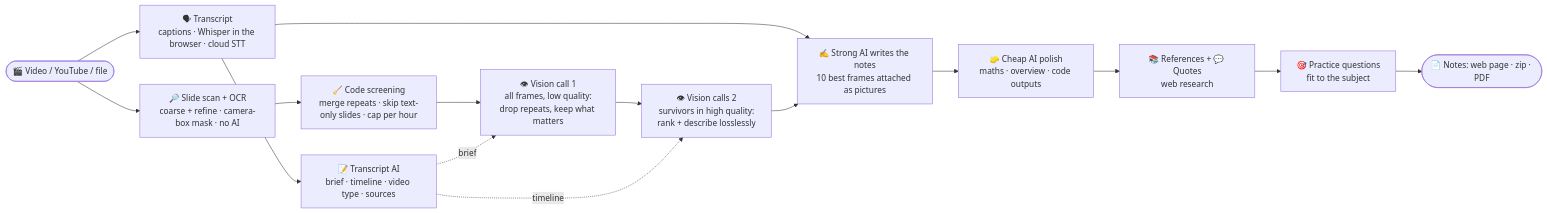
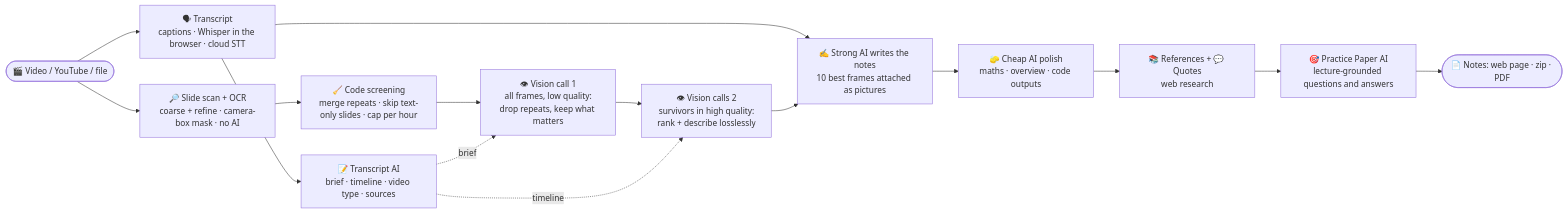
Before and after one commit to pranaychdey20-lab/Vid2Study: the diagram in README.md, drawn with Mermaid. The commit also changed other lines of this file, not shown here.

Commit message:
Document provider setup, practice questions, and print export

````diff
--- a/README.md
+++ b/README.md
@@ -47,17 +47,17 @@
 ```mermaid
 flowchart LR
     V([🎬 Video / YouTube / file]) --> T["🗣 Transcript<br/>captions · Whisper in the browser · cloud STT"]
     V --> S["🔎 Slide scan + OCR<br/>coarse + refine · camera-box mask · no AI"]
     S --> CS["🧹 Code screening<br/>merge repeats · skip text-only slides · cap per hour"]
     T --> TA["📝 Transcript AI<br/>brief · timeline · video type · sources"]
     CS --> V1["👁 Vision call 1<br/>all frames, low quality:<br/>drop repeats, keep what matters"]
     TA -. brief .-> V1
     V1 --> V2["👁 Vision calls 2<br/>survivors in high quality:<br/>rank + describe losslessly"]
     TA -. timeline .-> V2
     T --> W
     V2 --> W["✍️ Strong AI writes the notes<br/>10 best frames attached as pictures"]
     W --> P["🧽 Cheap AI polish<br/>maths · overview · code outputs"]
     P --> R["📚 References + 💬 Quotes<br/>web research"]
-    R --> Q["🎯 Practice questions<br/>fit to the subject"]
+    R --> Q["🎯 Practice Paper AI<br/>lecture-grounded questions and answers"]
     Q --> N([📄 Notes: web page · zip · PDF])
 ```
````
